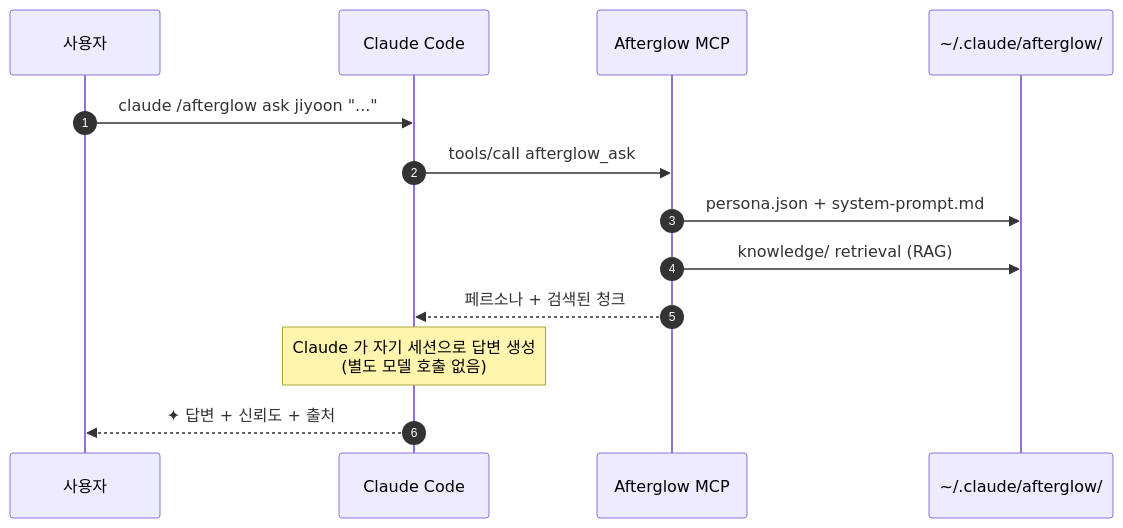
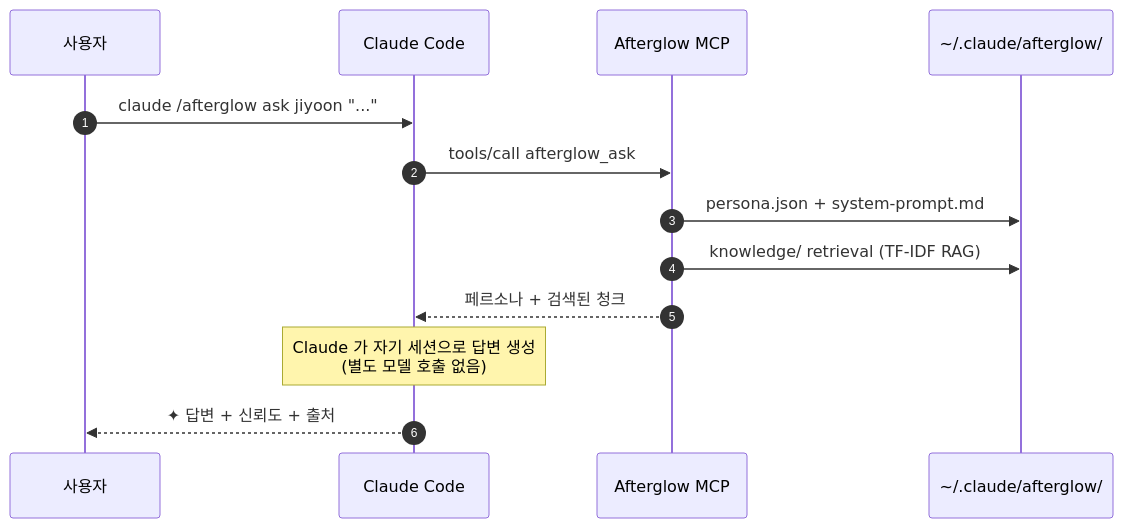
One commit to DaeSeokSong/afterglow-claude-mcp changed the diagram in README.md. Above: the diagram before and after it, drawn with Mermaid. The commit also changed other lines of this file and 19 other files, not shown here.

````diff
--- a/README.md
+++ b/README.md
@@ -154,16 +156,16 @@
 ```mermaid
 sequenceDiagram
     autonumber
     participant U as 사용자
     participant CC as Claude Code
     participant MCP as Afterglow MCP
     participant FS as ~/.claude/afterglow/
 
     U->>CC: claude /afterglow ask jiyoon "..."
     CC->>MCP: tools/call afterglow_ask
     MCP->>FS: persona.json + system-prompt.md
-    MCP->>FS: knowledge/ retrieval (RAG)
+    MCP->>FS: knowledge/ retrieval (TF-IDF RAG)
     MCP-->>CC: 페르소나 + 검색된 청크
     Note over CC: Claude 가 자기 세션으로 답변 생성<br/>(별도 모델 호출 없음)
     CC-->>U: ✦ 답변 + 신뢰도 + 출처
 ```
````
